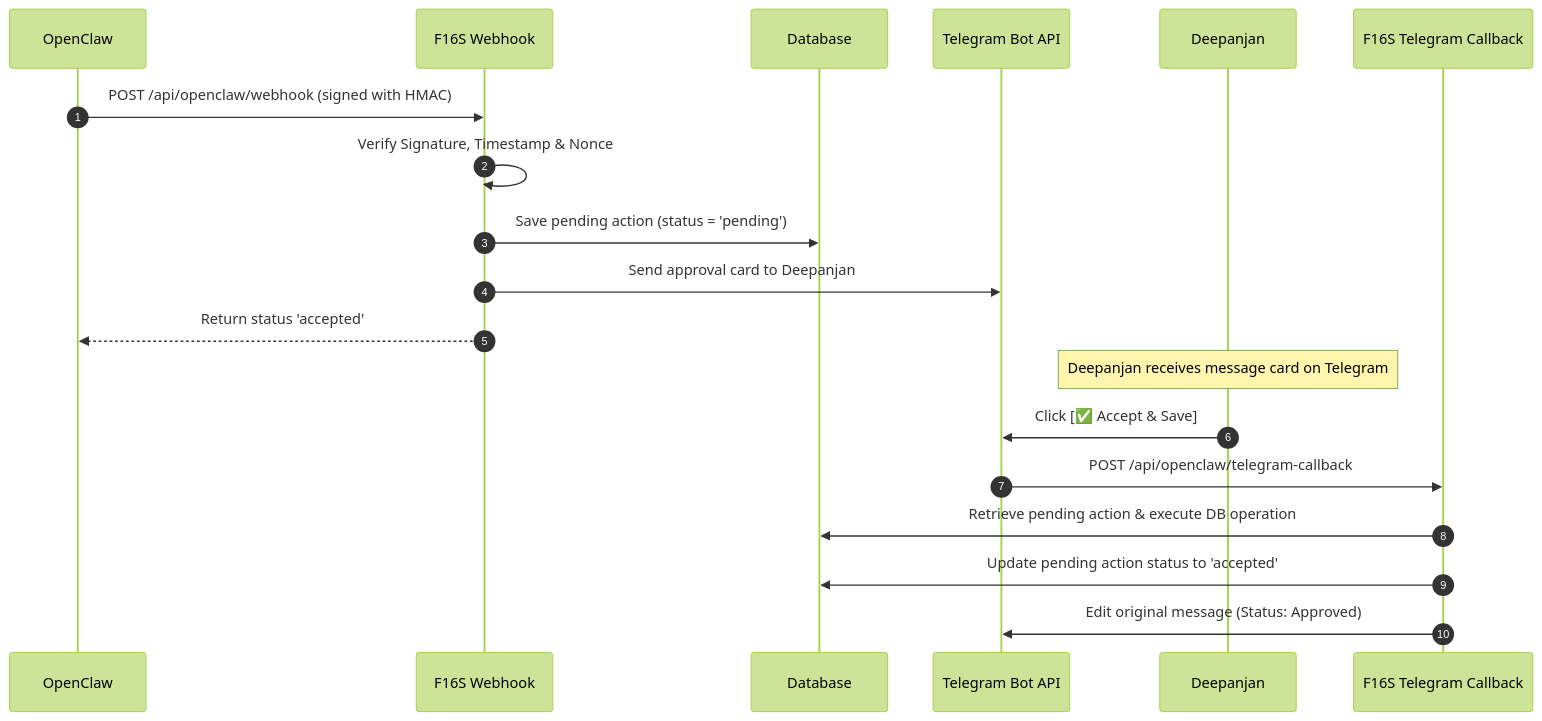
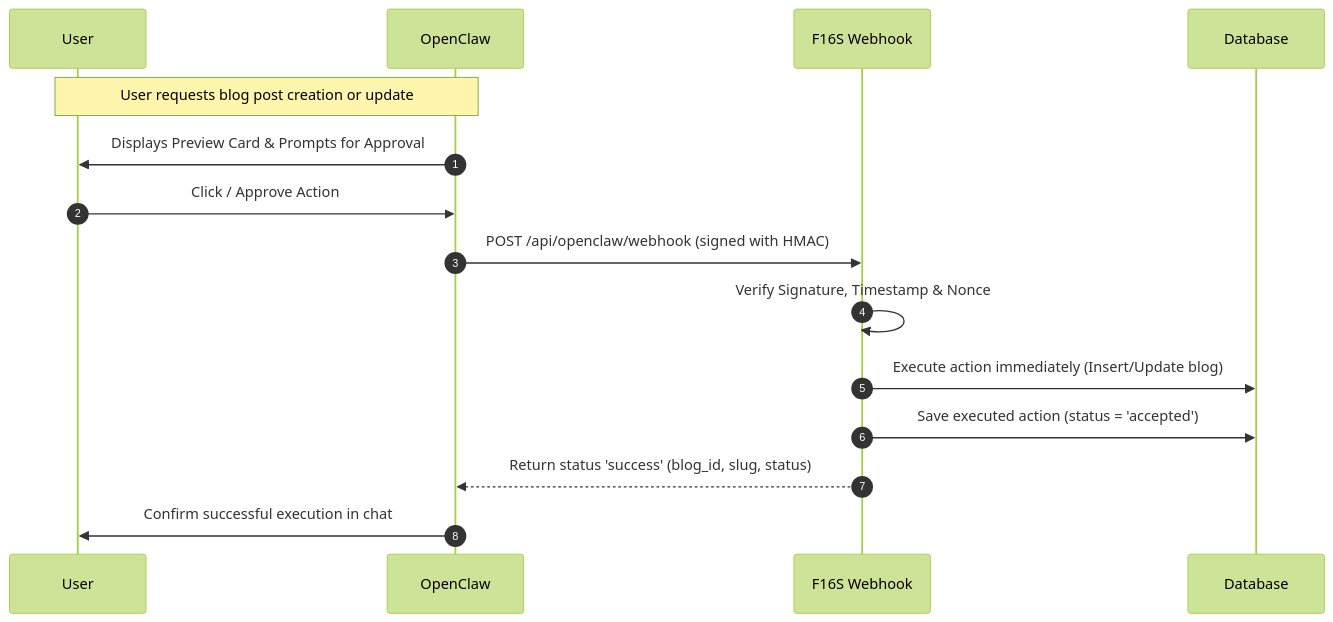
The diagram in openclaw_api_docs.md (joseph42nite/f16sefreight), drawn with Mermaid (forest theme) before and after one commit. The commit also changed other lines of this file and 3 other files, not shown here.

Commit message:
feat(openclaw): bypass Telegram staging and execute webhook events immediately

````diff
--- a/openclaw_api_docs.md
+++ b/openclaw_api_docs.md
@@ -120,15 +124,13 @@
 ```mermaid
 sequenceDiagram
     autonumber
+    Note over User, OpenClaw: User requests blog post creation or update
+    OpenClaw->>User: Displays Preview Card & Prompts for Approval
+    User->>OpenClaw: Click / Approve Action
     OpenClaw->>F16S Webhook: POST /api/openclaw/webhook (signed with HMAC)
     F16S Webhook->>F16S Webhook: Verify Signature, Timestamp & Nonce
-    F16S Webhook->>Database: Save pending action (status = 'pending')
-    F16S Webhook->>Telegram Bot API: Send approval card to Deepanjan
-    F16S Webhook-->>OpenClaw: Return status 'accepted'
-    Note over Deepanjan: Deepanjan receives message card on Telegram
-    Deepanjan->>Telegram Bot API: Click [✅ Accept & Save]
-    Telegram Bot API->>F16S Telegram Callback: POST /api/openclaw/telegram-callback
-    F16S Telegram Callback->>Database: Retrieve pending action & execute DB operation
-    F16S Telegram Callback->>Database: Update pending action status to 'accepted'
-    F16S Telegram Callback->>Telegram Bot API: Edit original message (Status: Approved)
+    F16S Webhook->>Database: Execute action immediately (Insert/Update blog)
+    F16S Webhook->>Database: Save executed action (status = 'accepted')
+    F16S Webhook-->>OpenClaw: Return status 'success' (blog_id, slug, status)
+    OpenClaw->>User: Confirm successful execution in chat
 ```
````
